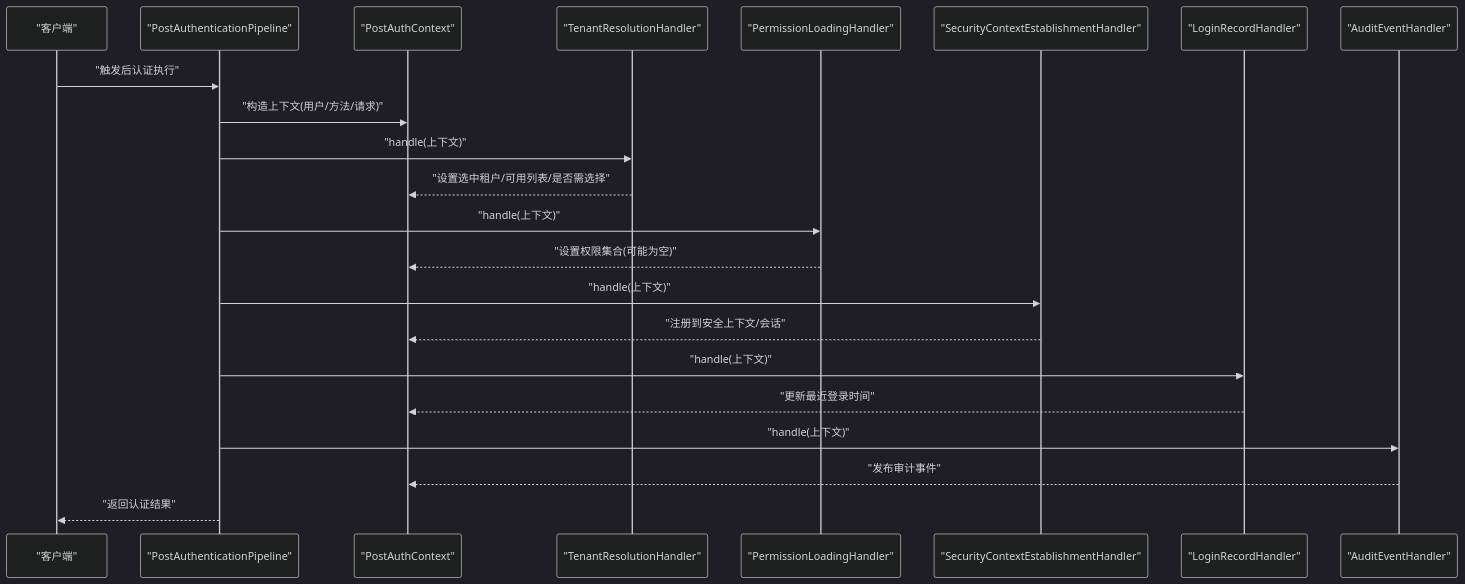
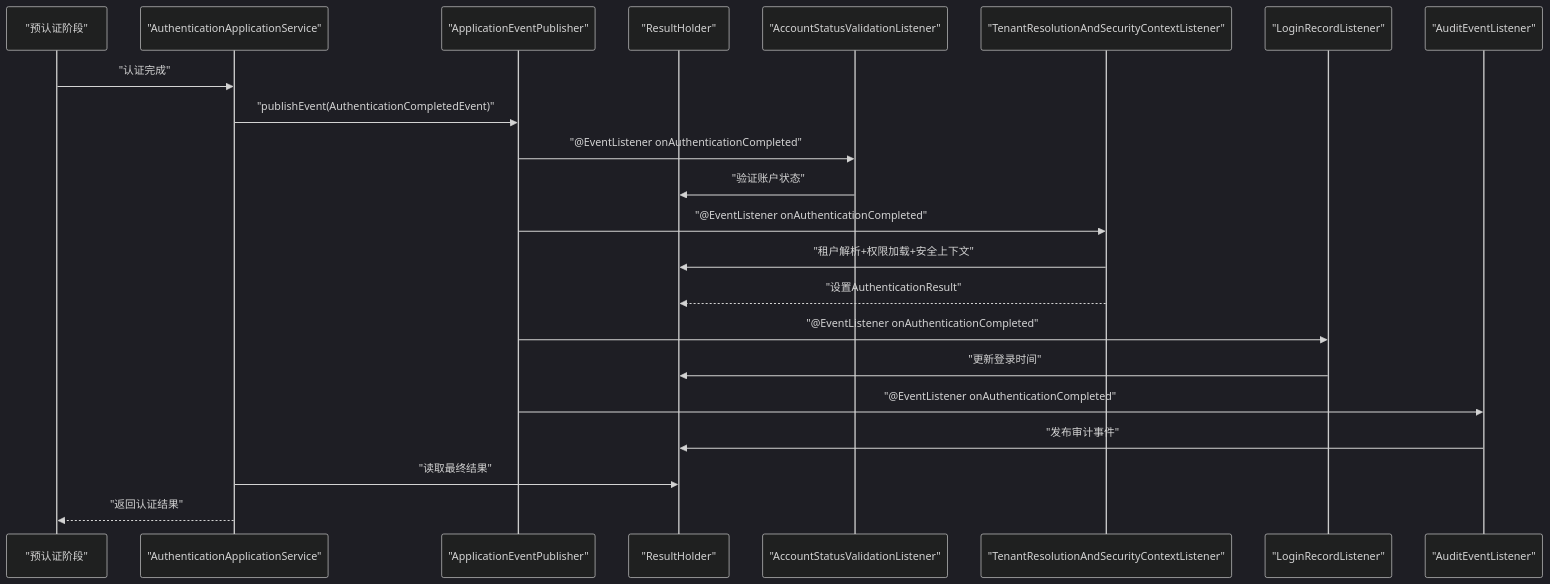
Before and after one commit to fq0121104930716/iam-platform: the second of 4 diagrams in .qoder/repowiki/zh/content/核心模块/认证服务器 (iam-auth-server)/认证处理管道/后认证管道.md, drawn with Mermaid (dark theme). The commit also changed other lines of this file and 42 other files, not shown here.

````diff
--- a/.qoder/repowiki/zh/content/核心模块/认证服务器 (iam-auth-server)/认证处理管道/后认证管道.md
+++ b/.qoder/repowiki/zh/content/核心模块/认证服务器 (iam-auth-server)/认证处理管道/后认证管道.md
@@ -91,24 +88,24 @@
 ```mermaid
 sequenceDiagram
-participant 客户端 as "客户端"
-participant 编排器 as "PostAuthenticationPipeline"
-participant 上下文 as "PostAuthContext"
-participant 租户解析 as "TenantResolutionHandler"
-participant 权限加载 as "PermissionLoadingHandler"
-participant 安全上下文 as "SecurityContextEstablishmentHandler"
-participant 登录记录 as "LoginRecordHandler"
-participant 审计事件 as "AuditEventHandler"
-客户端->>编排器 : "触发后认证执行"
-编排器->>上下文 : "构造上下文(用户/方法/请求)"
-编排器->>租户解析 : "handle(上下文)"
-租户解析-->>上下文 : "设置选中租户/可用列表/是否需选择"
-编排器->>权限加载 : "handle(上下文)"
-权限加载-->>上下文 : "设置权限集合(可能为空)"
-编排器->>安全上下文 : "handle(上下文)"
-安全上下文-->>上下文 : "注册到安全上下文/会话"
-编排器->>登录记录 : "handle(上下文)"
-登录记录-->>上下文 : "更新最近登录时间"
-编排器->>审计事件 : "handle(上下文)"
-审计事件-->>上下文 : "发布审计事件"
-编排器-->>客户端 : "返回认证结果"
+participant 预认证 as "预认证阶段"
+participant 认证服务 as "AuthenticationApplicationService"
+participant 事件发布 as "ApplicationEventPublisher"
+participant 事件持有者 as "ResultHolder"
+participant 监听器1 as "AccountStatusValidationListener"
+participant 监听器2 as "TenantResolutionAndSecurityContextListener"
+participant 监听器3 as "LoginRecordListener"
+participant 监听器4 as "AuditEventListener"
+预认证->>认证服务 : "认证完成"
+认证服务->>事件发布 : "publishEvent(AuthenticationCompletedEvent)"
+事件发布->>监听器1 : "@EventListener onAuthenticationCompleted"
+监听器1->>事件持有者 : "验证账户状态"
+事件发布->>监听器2 : "@EventListener onAuthenticationCompleted"
+监听器2->>事件持有者 : "租户解析+权限加载+安全上下文"
+监听器2-->>事件持有者 : "设置AuthenticationResult"
+事件发布->>监听器3 : "@EventListener onAuthenticationCompleted"
+监听器3->>事件持有者 : "更新登录时间"
+事件发布->>监听器4 : "@EventListener onAuthenticationCompleted"
+监听器4->>事件持有者 : "发布审计事件"
+认证服务->>事件持有者 : "读取最终结果"
+认证服务-->>预认证 : "返回认证结果"
 ```
````
